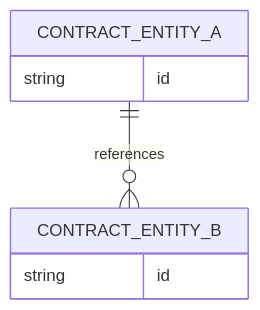
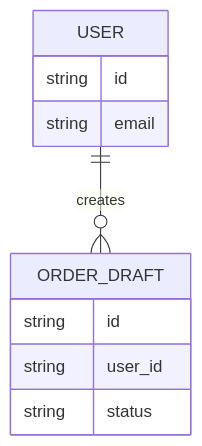
One commit to aganesy/QFAI changed the diagram in .qfai/assistant/skills/qfai-sdd/templates/specs/_policies/05_Contracts.md. Above: the diagram before and after it, drawn with Mermaid. The commit also changed 16 other files, not shown here.

````diff
--- a/.qfai/assistant/skills/qfai-sdd/templates/specs/_policies/05_Contracts.md
+++ b/.qfai/assistant/skills/qfai-sdd/templates/specs/_policies/05_Contracts.md
@@ -56,11 +56,13 @@
 ```mermaid
 erDiagram
-  %% Placeholder only: replace with project-specific entities when contracts exist.
-  CONTRACT_ENTITY_A ||--o{ CONTRACT_ENTITY_B : references
-  CONTRACT_ENTITY_A {
+  USER ||--o{ ORDER_DRAFT : creates
+  USER {
     string id
+    string email
   }
-  CONTRACT_ENTITY_B {
+  ORDER_DRAFT {
     string id
+    string user_id
+    string status
   }
 ```
````
